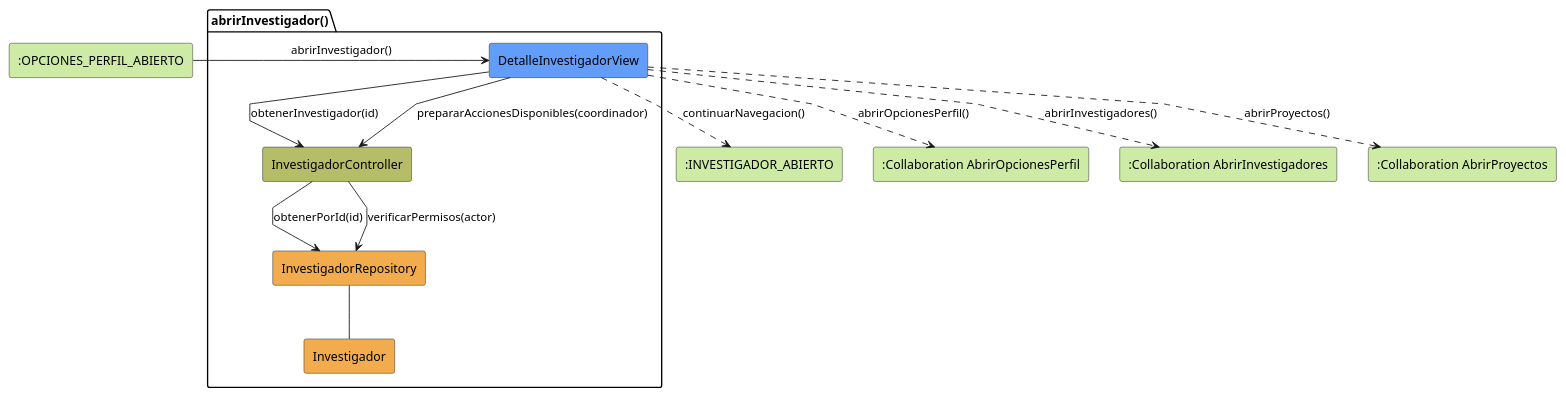
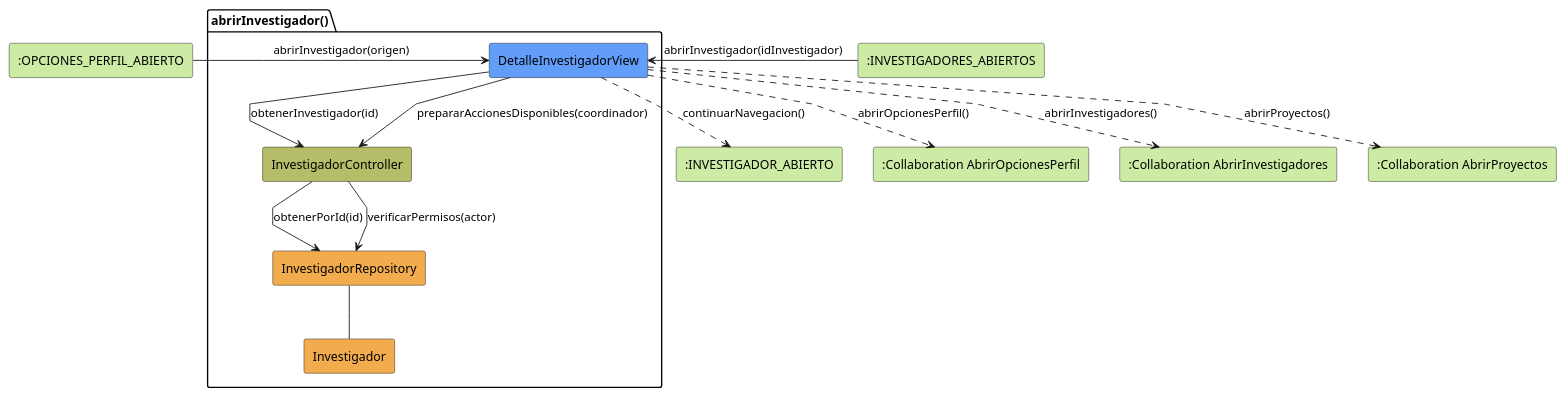
One commit to beatriizorozco/25-26-idsw2-sdVC changed the diagram in RUP/01-analisis/casos-uso/coordinador/abrirInvestigador/colaboracion.puml. Above: the diagram before and after it, drawn with PlantUML. The commit also changed 53 other files, not shown here.

Commit message:
feat: actualizo algunos diagramas de colaboración con la recomendación del profesor

```diff
--- a/RUP/01-analisis/casos-uso/coordinador/abrirInvestigador/colaboracion.puml
+++ b/RUP/01-analisis/casos-uso/coordinador/abrirInvestigador/colaboracion.puml
@@ -1,29 +1,31 @@
 @startuml abrirInvestigador-analisis
 skinparam linetype polyline
 
-rectangle #CDEBA5 ":OPCIONES_PERFIL_ABIERTO" as EstadoEntrada
+rectangle #CDEBA5 ":OPCIONES_PERFIL_ABIERTO" as EstadoEntrada1
+rectangle #CDEBA5 ":INVESTIGADORES_ABIERTOS" as EstadoEntrada2
 package abrirInvestigador as "abrirInvestigador()" {
     rectangle #629EF9 DetalleInvestigadorView
     rectangle #b5bd68 InvestigadorController
     rectangle #F2AC4E InvestigadorRepository
     rectangle #F2AC4E Investigador
 }
 
 rectangle #CDEBA5 ":INVESTIGADOR_ABIERTO" as EstadoSalida
 rectangle #CDEBA5 ":Collaboration AbrirOpcionesPerfil" as AbrirOpcionesPerfil
 rectangle #CDEBA5 ":Collaboration AbrirInvestigadores" as AbrirInvestigadores
 rectangle #CDEBA5 ":Collaboration AbrirProyectos" as AbrirProyectos
 
-EstadoEntrada -r-> DetalleInvestigadorView: abrirInvestigador()
+EstadoEntrada1 -r-> DetalleInvestigadorView: abrirInvestigador(origen)
+EstadoEntrada2 -r-> DetalleInvestigadorView: abrirInvestigador(idInvestigador)
 
 DetalleInvestigadorView -d-> InvestigadorController: obtenerInvestigador(id)
 DetalleInvestigadorView --> InvestigadorController: prepararAccionesDisponibles(coordinador)
 InvestigadorController --> InvestigadorRepository: obtenerPorId(id)
 InvestigadorController --> InvestigadorRepository: verificarPermisos(actor)
 InvestigadorRepository -- Investigador
 DetalleInvestigadorView ..> EstadoSalida: continuarNavegacion()
 DetalleInvestigadorView ..> AbrirOpcionesPerfil: abrirOpcionesPerfil()
 DetalleInvestigadorView ..> AbrirInvestigadores: abrirInvestigadores()
 DetalleInvestigadorView ..> AbrirProyectos: abrirProyectos()
 
 @enduml
```
